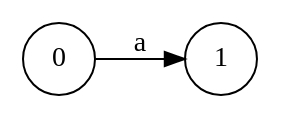
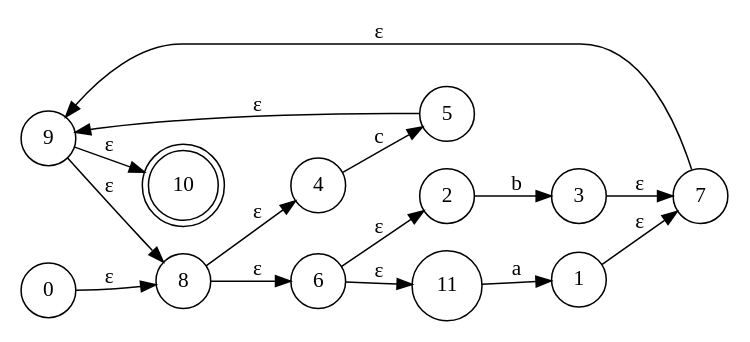
One commit to LordMorgado/AFND changed the diagram in afnd.gv. Above: the diagram before and after it, drawn with Graphviz. The commit also changed 4 other files, not shown here.

```diff
--- a/afnd.gv
+++ b/afnd.gv
@@ -1,8 +1,20 @@
 digraph finite_state_machine {
-	rankdir=LR size="8,5"
+	rankdir=LR size="5,5"
+	node [shape=doublecircle]
+	10
 	node [shape=circle]
-	0
-	0 -> 1 [label=a]
-	node [shape=doublecircle]
-	1
+	0 -> 8 [label="ε"]
+	1 -> 7 [label="ε"]
+	2 -> 3 [label=b]
+	3 -> 7 [label="ε"]
+	4 -> 5 [label=c]
+	5 -> 9 [label="ε"]
+	6 -> 11 [label="ε"]
+	6 -> 2 [label="ε"]
+	7 -> 9 [label="ε"]
+	8 -> 6 [label="ε"]
+	8 -> 4 [label="ε"]
+	9 -> 10 [label="ε"]
+	9 -> 8 [label="ε"]
+	11 -> 1 [label=a]
 }
```
